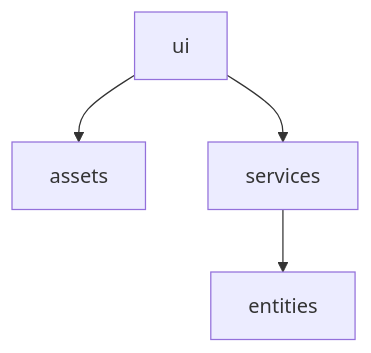
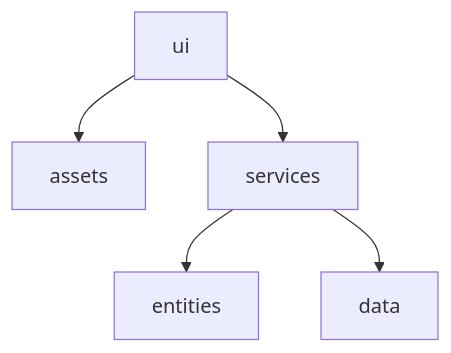
One commit to w1ll1ey/ot-harjoitustyo changed the first of 4 diagrams in dokumentaatio/arkkitehtuuri.md. Above: the diagram before and after it, drawn with Mermaid. The commit also changed other lines of this file, not shown here.

````diff
--- a/dokumentaatio/arkkitehtuuri.md
+++ b/dokumentaatio/arkkitehtuuri.md
@@ -7,11 +7,13 @@
 ```mermaid
 graph TD
     ui[ui]
     assets[assets]
     services[services]
+    data[data]
     entities[entities]
 
     ui --> services
     ui --> assets
     services --> entities
+    services --> data
 ```
````
